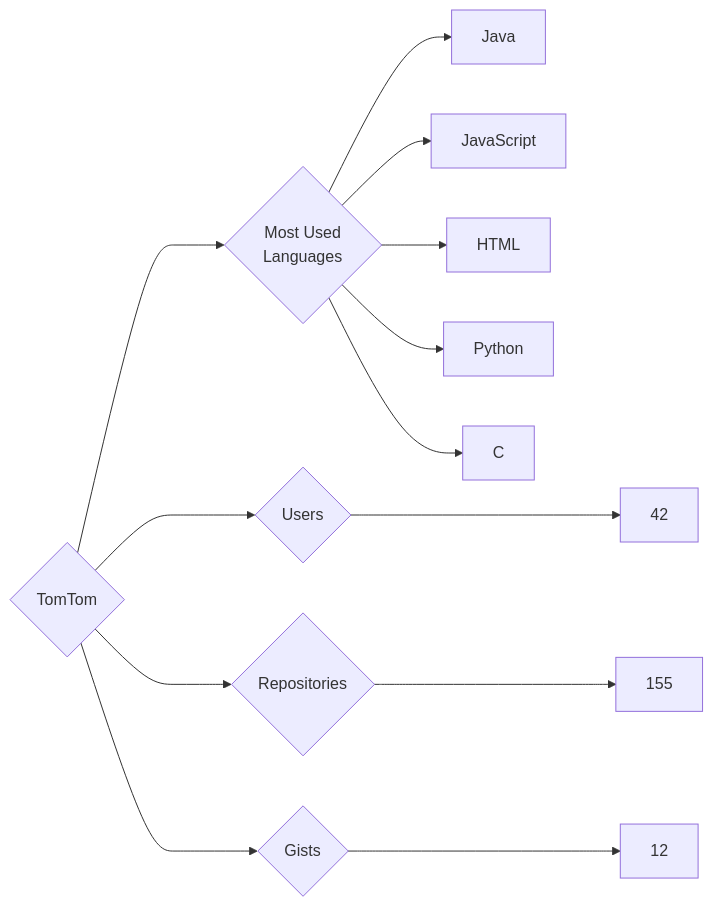
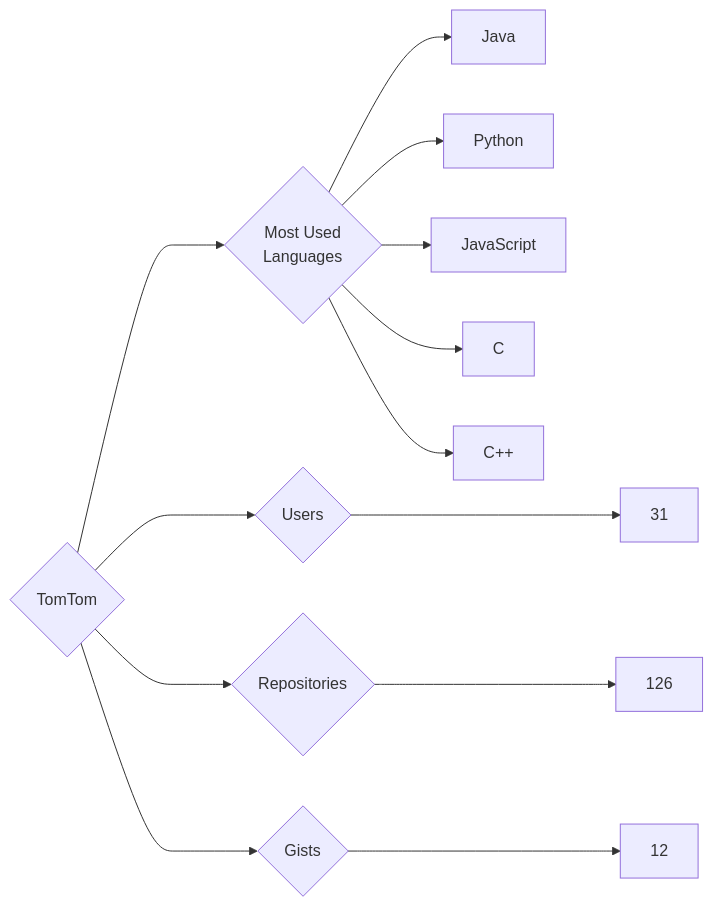
Before and after one commit to trickest/insiders: the diagram in targets/TomTom/README.md, drawn with Mermaid. The commit also changed 682 other files, not shown here.

````diff
--- a/targets/TomTom/README.md
+++ b/targets/TomTom/README.md
@@ -3,13 +3,13 @@
 ```mermaid
 graph LR
 COMPANY_NAME{TomTom}
-COMPANY_NAME ---> U{Users} ---> UN[42]
-COMPANY_NAME ---> R{Repositories} ---> RN[155]
+COMPANY_NAME ---> U{Users} ---> UN[31]
+COMPANY_NAME ---> R{Repositories} ---> RN[126]
 COMPANY_NAME ---> G{Gists} ---> GN[12]
 COMPANY_NAME ---> ML{Most Used<br>Languages}
 ML --> Java[Java]
+ML --> Python[Python]
 ML --> JavaScript[JavaScript]
-ML --> HTML[HTML]
-ML --> Python[Python]
 ML --> C[C]
+ML --> C++[C++]
 ```
````
